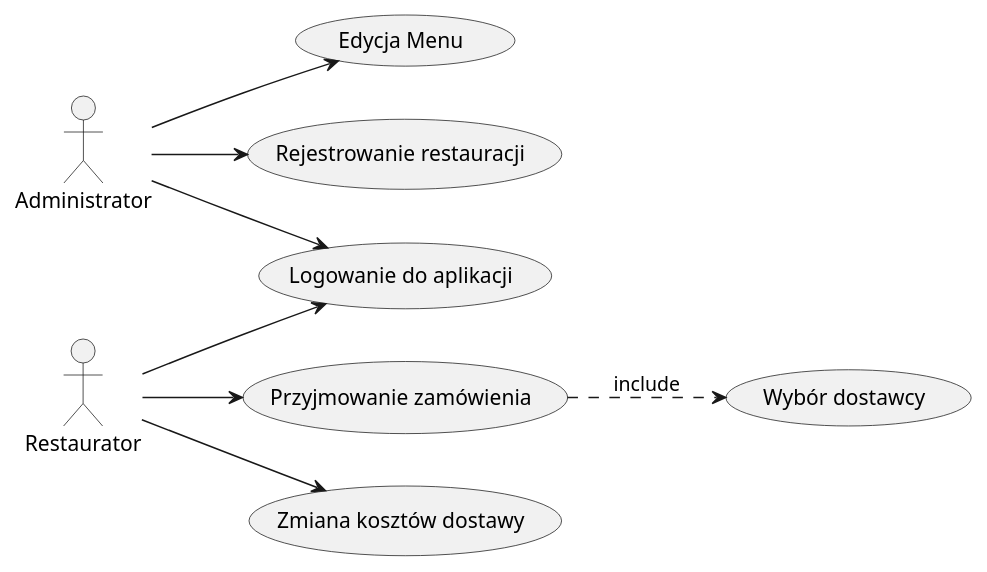
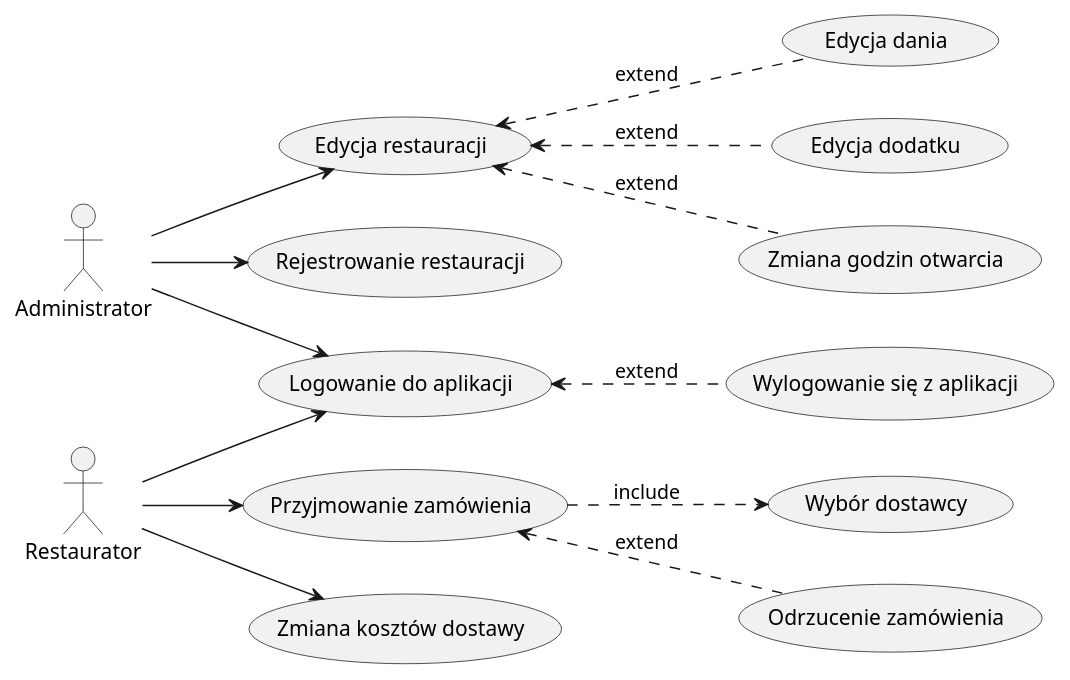
One commit to amelinium23/food-ordering-and-delivering-service changed the diagram in docs/usecase_diagram_res.md. Above: the diagram before and after it, drawn with PlantUML. The commit also changed 1 other file, not shown here.

Commit message:
small changes to usecase_diagrams

````diff
--- a/docs/usecase_diagram_res.md
+++ b/docs/usecase_diagram_res.md
@@ -1,24 +1,34 @@
 ```plantuml
 @startuml usecase
 left to right direction
 
 actor Restaurator as Res
 actor Administrator as Ad
 
 usecase "Logowanie do aplikacji" as uc1
-usecase "Edycja Menu" as uc2
+usecase "Edycja restauracji" as uc2
 usecase "Wybór dostawcy" as uc3
 usecase "Rejestrowanie restauracji" as uc4
 usecase "Zmiana kosztów dostawy" as uc5
 usecase "Przyjmowanie zamówienia" as uc6
+usecase "Odrzucenie zamówienia" as uc7
+usecase "Edycja dania" as uc8
+usecase "Edycja dodatku" as uc9
+usecase "Wylogowanie się z aplikacji" as uc10
+usecase "Zmiana godzin otwarcia" as uc11
 
 Ad --> uc4
 Ad --> uc2
 Ad --> uc1
+(uc1) <.. (uc10) : extend 
 (uc6) ..> (uc3) : include
+(uc6) <.. (uc7) : extend
 Res --> uc1
 Res --> uc6
 Res --> uc5
+(uc2) <.. (uc8) : extend
+(uc2) <.. (uc9) : extend
+(uc2) <.. (uc11) : extend
 
 @enduml
 ```
````
